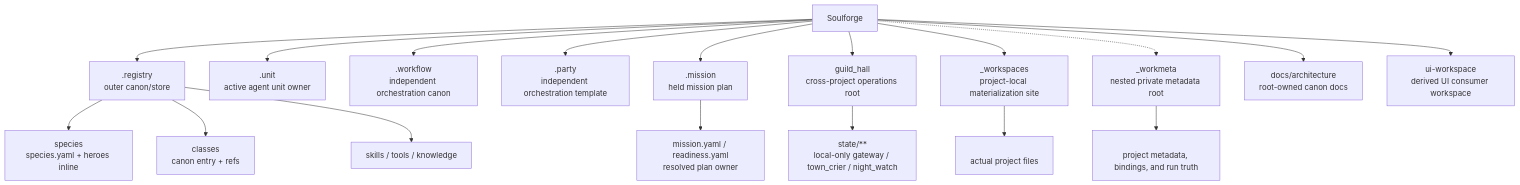
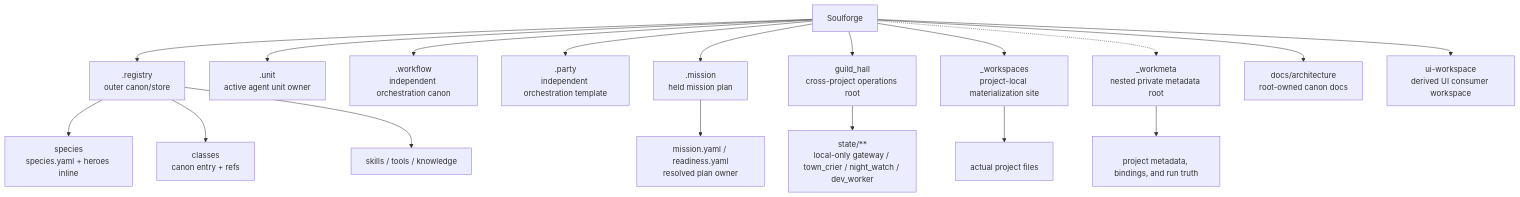
Before and after one commit to SungYongMOON/soulforge: the diagram in README.md, drawn with Mermaid. The commit also changed other lines of this file and 16 other files, not shown here.

Commit message:
guild-hall: dev worker branch lane 추가

````diff
--- a/README.md
+++ b/README.md
@@ -20,20 +20,20 @@
 ```mermaid
 flowchart TD
   S["Soulforge"] --> R[".registry<br/>outer canon/store"]
   R --> RS["species<br/>species.yaml + heroes inline"]
   R --> RC["classes<br/>canon entry + refs"]
   R --> RK["skills / tools / knowledge"]
   S --> U[".unit<br/>active agent unit owner"]
   S --> W[".workflow<br/>independent orchestration canon"]
   S --> PT[".party<br/>independent orchestration template"]
   S --> MI[".mission<br/>held mission plan"]
   S --> GH["guild_hall<br/>cross-project operations root"]
   S --> M["_workspaces<br/>project-local materialization site"]
   S -.-> WM["_workmeta<br/>nested private metadata root"]
   S --> D["docs/architecture<br/>root-owned canon docs"]
   S --> UI["ui-workspace<br/>derived UI consumer workspace"]
   MI --> MP["mission.yaml / readiness.yaml<br/>resolved plan owner"]
-  GH --> GHS["state/**<br/>local-only gateway / town_crier / night_watch"]
+  GH --> GHS["state/**<br/>local-only gateway / town_crier / night_watch / dev_worker"]
   M --> PR["<project_code><br/>actual project files"]
   WM --> PA["<project_code><br/>project metadata, bindings, and run truth"]
 ```
````
